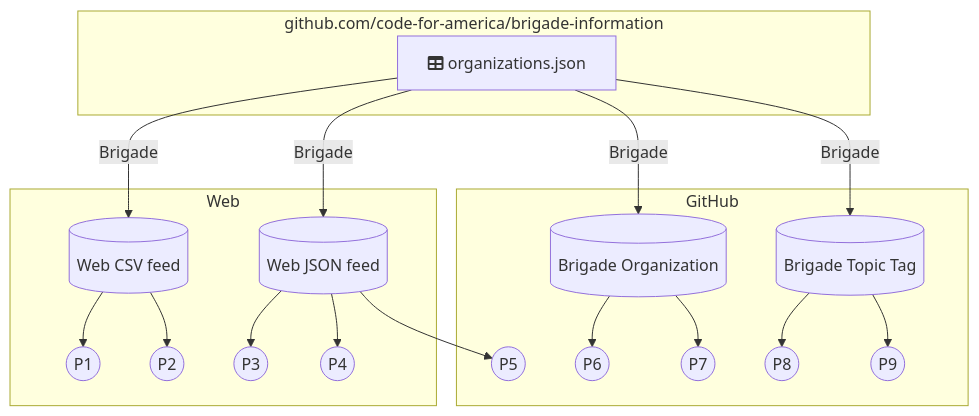
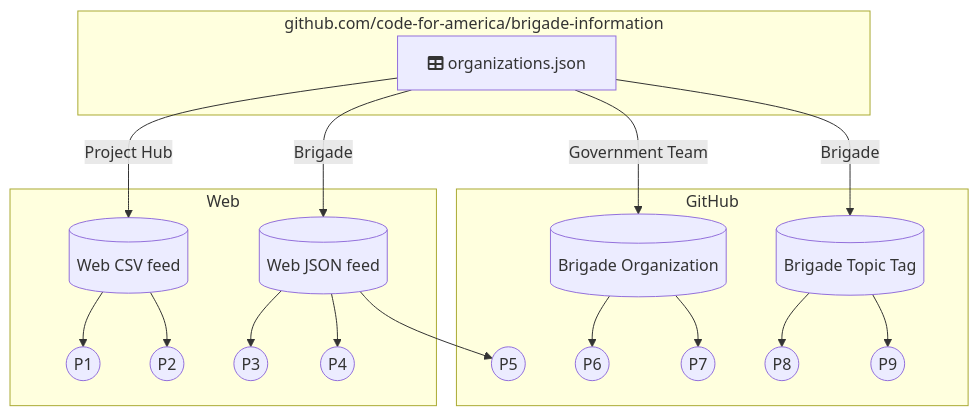
Before and after one commit to civictechindex/brigade-project-index: the diagram in docs/discovery.md, drawn with Mermaid.

Commit message:
docs: diversify org examples

````diff
--- a/docs/discovery.md
+++ b/docs/discovery.md
@@ -17,38 +17,38 @@
 ```mermaid
 graph TD
 
     subgraph CFA_BI["github.com/code-for-america/brigade-information"]
         ORGS[fa:fa-table organizations.json]
         click ORGS "https://github.com/codeforamerica/brigade-information"
     end
 
-    ORGS --> |Brigade| GH_ORG
+    ORGS --> |Government Team| GH_ORG
     ORGS --> |Brigade| GH_TOPIC
 
     subgraph GITHUB["GitHub"]
         GH_ORG[(Brigade Organization)]
         GH_TOPIC[(Brigade Topic Tag)]
 
         P5((P5))
 
         GH_ORG --> P6((P6))
         GH_ORG --> P7((P7))
         GH_TOPIC --> P8((P8))
         GH_TOPIC --> P9((P9))
     end
 
-    ORGS --> |Brigade| WEB_CSV
+    ORGS --> |Project Hub| WEB_CSV
     ORGS --> |Brigade| WEB_JSON
 
     subgraph WEB["Web"]
         WEB_CSV[(Web CSV feed)]
         WEB_JSON[(Web JSON feed)]
 
         WEB_CSV --> P1((P1))
         WEB_CSV --> P2((P2))
         WEB_JSON --> P3((P3))
         WEB_JSON --> P4((P4))
 
         WEB_JSON --> P5
     end
 ```
````
